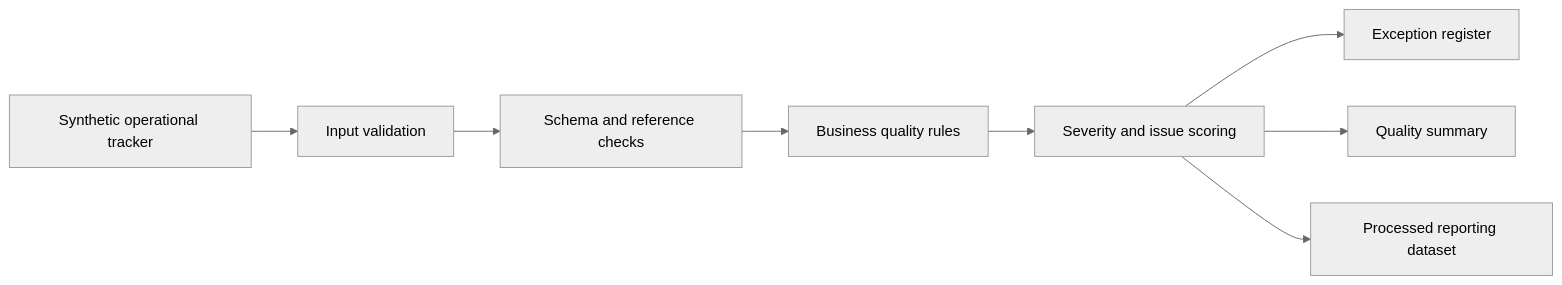
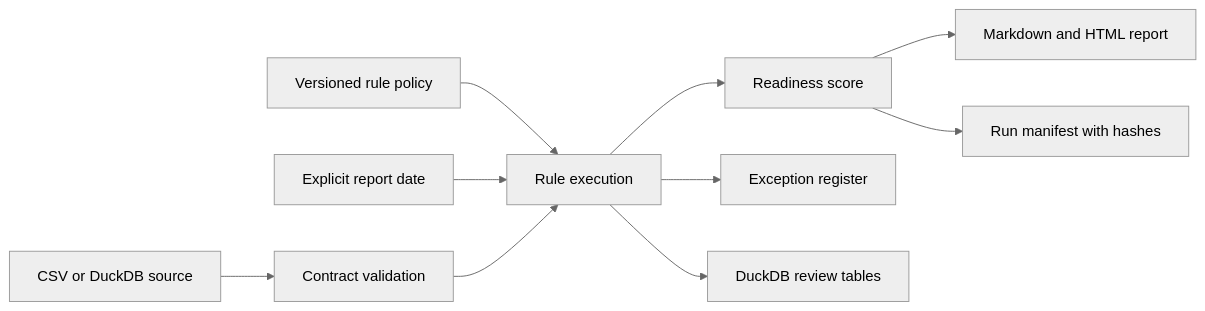
Before and after one commit to quantameridian/operational-data-quality-engine: the diagram in README.md, drawn with Mermaid (neutral theme). The commit also changed other lines of this file and 62 other files, not shown here.

Commit message:
Deepen operational quality evidence

````diff
--- a/README.md
+++ b/README.md
@@ -77,10 +63,12 @@
 ```mermaid
 flowchart LR
-    A["Synthetic operational tracker"] --> B["Input validation"]
-    B --> C["Schema and reference checks"]
-    C --> D["Business quality rules"]
-    D --> E["Severity and issue scoring"]
-    E --> F["Exception register"]
-    E --> G["Quality summary"]
-    E --> H["Processed reporting dataset"]
+    A["CSV or DuckDB source"] --> B["Contract validation"]
+    C["Versioned rule policy"] --> D["Rule execution"]
+    E["Explicit report date"] --> D
+    B --> D
+    D --> F["Readiness score"]
+    D --> G["Exception register"]
+    F --> H["Markdown and HTML report"]
+    F --> I["Run manifest with hashes"]
+    D --> J["DuckDB review tables"]
 ```
````
